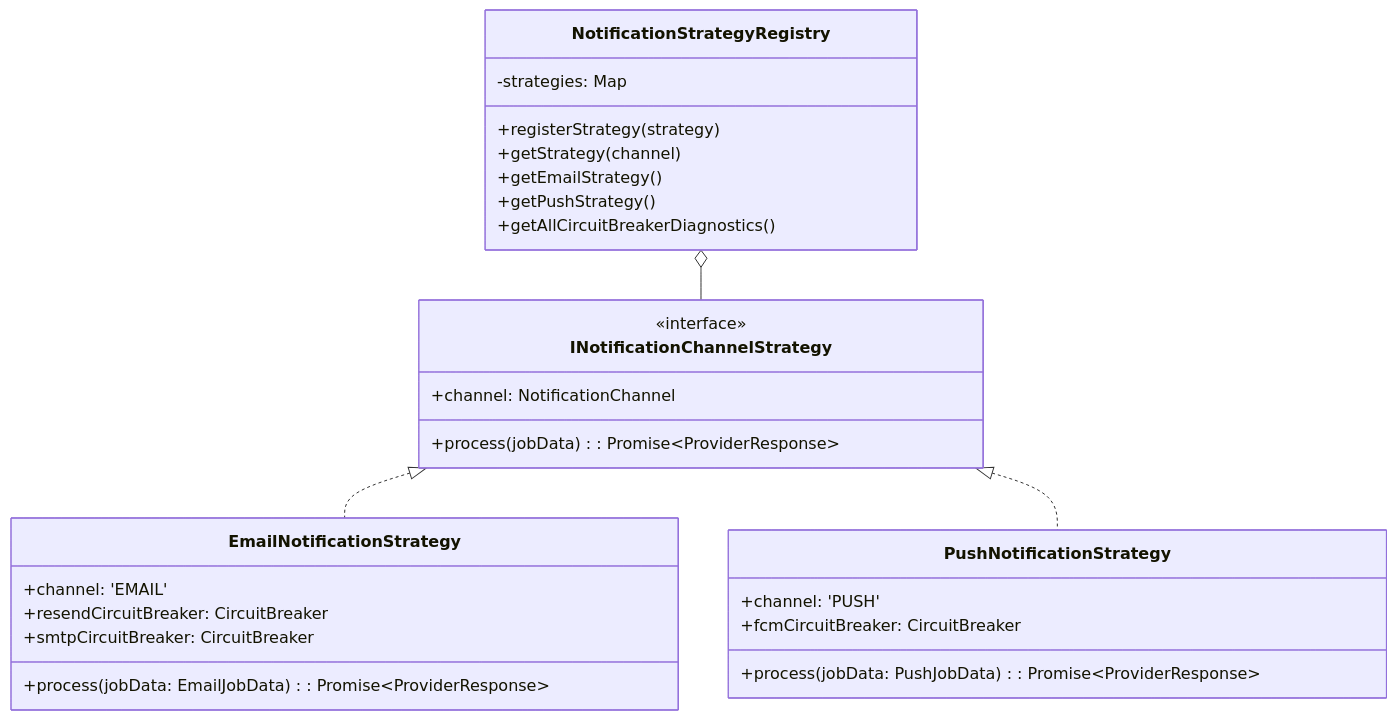
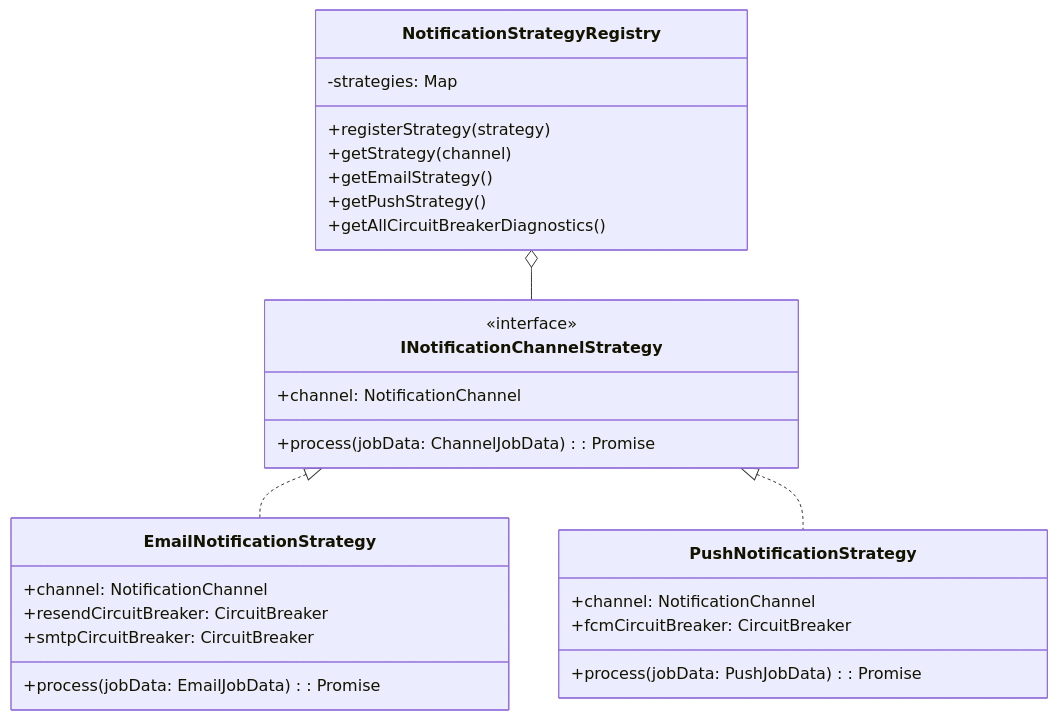
The second of 3 diagrams in README.md (rishank-kesarwani/notification-service), drawn with Mermaid before and after one commit. The commit also changed other lines of this file, not shown here.

````diff
--- a/README.md
+++ b/README.md
@@ -96,34 +96,34 @@
 ```mermaid
 classDiagram
     class INotificationChannelStrategy {
         <<interface>>
         +channel: NotificationChannel
-        +process(jobData): Promise~ProviderResponse~
+        +process(jobData: ChannelJobData): Promise
     }
 
     class EmailNotificationStrategy {
-        +channel: 'EMAIL'
+        +channel: NotificationChannel
         +resendCircuitBreaker: CircuitBreaker
         +smtpCircuitBreaker: CircuitBreaker
-        +process(jobData: EmailJobData): Promise~ProviderResponse~
+        +process(jobData: EmailJobData): Promise
     }
 
     class PushNotificationStrategy {
-        +channel: 'PUSH'
+        +channel: NotificationChannel
         +fcmCircuitBreaker: CircuitBreaker
-        +process(jobData: PushJobData): Promise~ProviderResponse~
+        +process(jobData: PushJobData): Promise
     }
 
     class NotificationStrategyRegistry {
         -strategies: Map
         +registerStrategy(strategy)
         +getStrategy(channel)
         +getEmailStrategy()
         +getPushStrategy()
         +getAllCircuitBreakerDiagnostics()
     }
 
     INotificationChannelStrategy <|.. EmailNotificationStrategy
     INotificationChannelStrategy <|.. PushNotificationStrategy
     NotificationStrategyRegistry o-- INotificationChannelStrategy
 ```
````
